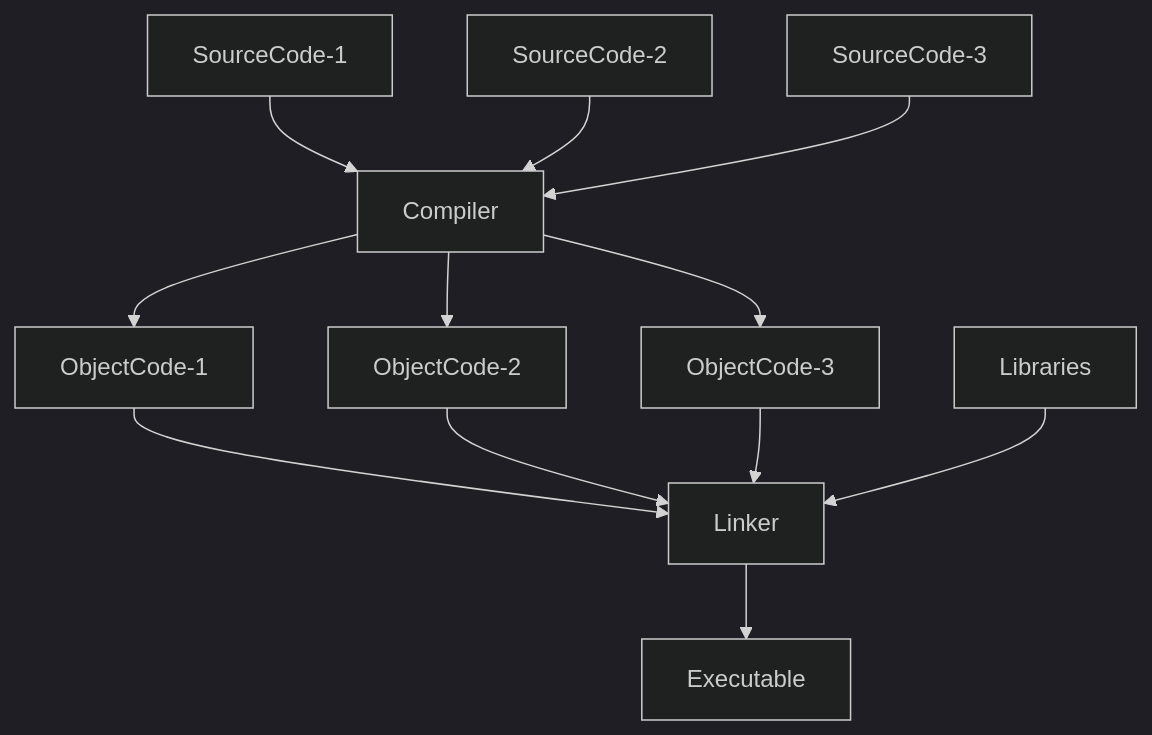
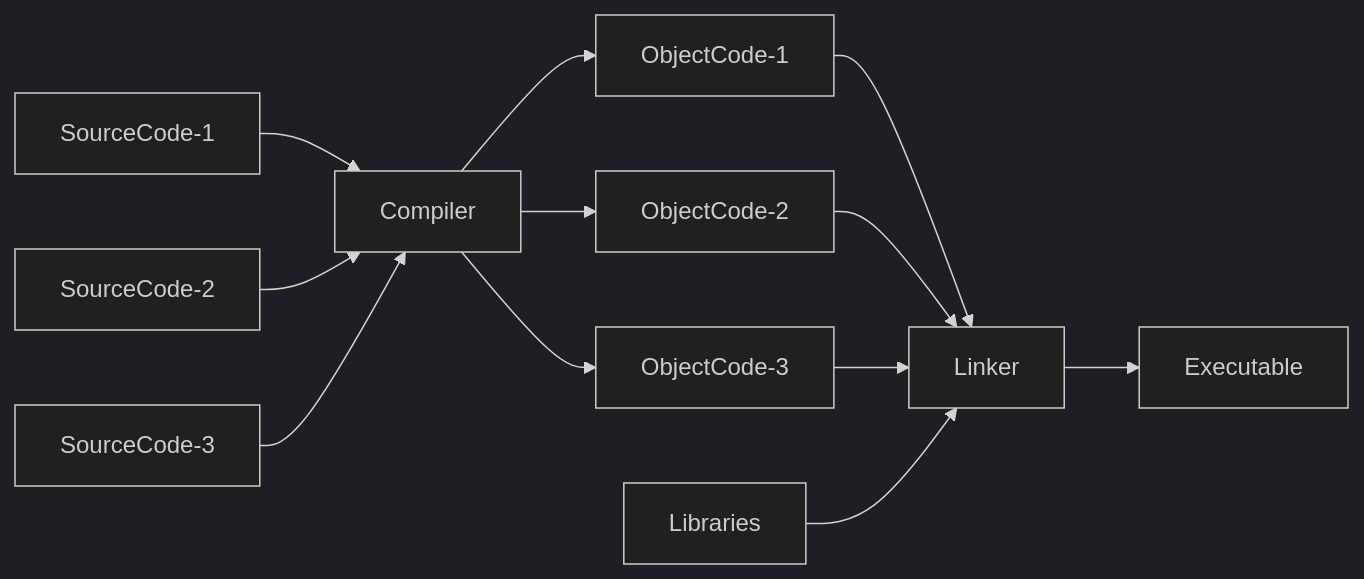
The diagram in language/c/pointers-on-c/chap-2/intr.md (richardmyu/cs), drawn with Mermaid (dark theme) before and after one commit. The commit also changed other lines of this file and 2 other files, not shown here.

Commit message:
refactor(tool/): add markdown and refactor vimtutor

````diff
--- a/language/c/pointers-on-c/chap-2/intr.md
+++ b/language/c/pointers-on-c/chap-2/intr.md
@@ -16,14 +14,14 @@
 ```mermaid
-flowchart TD;
-  SourceCode-1 --> Compiler;
-  Compiler --> ObjectCode-1;
-  ObjectCode-1 --> Linker;
-  SourceCode-2 --> Compiler;
-  Compiler --> ObjectCode-2;
-  ObjectCode-2 --> Linker;
-  SourceCode-3 --> Compiler;
-  Compiler --> ObjectCode-3;
-  ObjectCode-3 --> Linker;
-  Libraries --> Linker;
-  Linker --> Executable;
+flowchart LR
+  SourceCode-1 --> Compiler
+  Compiler --> ObjectCode-1
+  ObjectCode-1 --> Linker
+  SourceCode-2 --> Compiler
+  Compiler --> ObjectCode-2
+  ObjectCode-2 --> Linker
+  SourceCode-3 --> Compiler
+  Compiler --> ObjectCode-3
+  ObjectCode-3 --> Linker
+  Libraries --> Linker
+  Linker --> Executable
 ```
````
